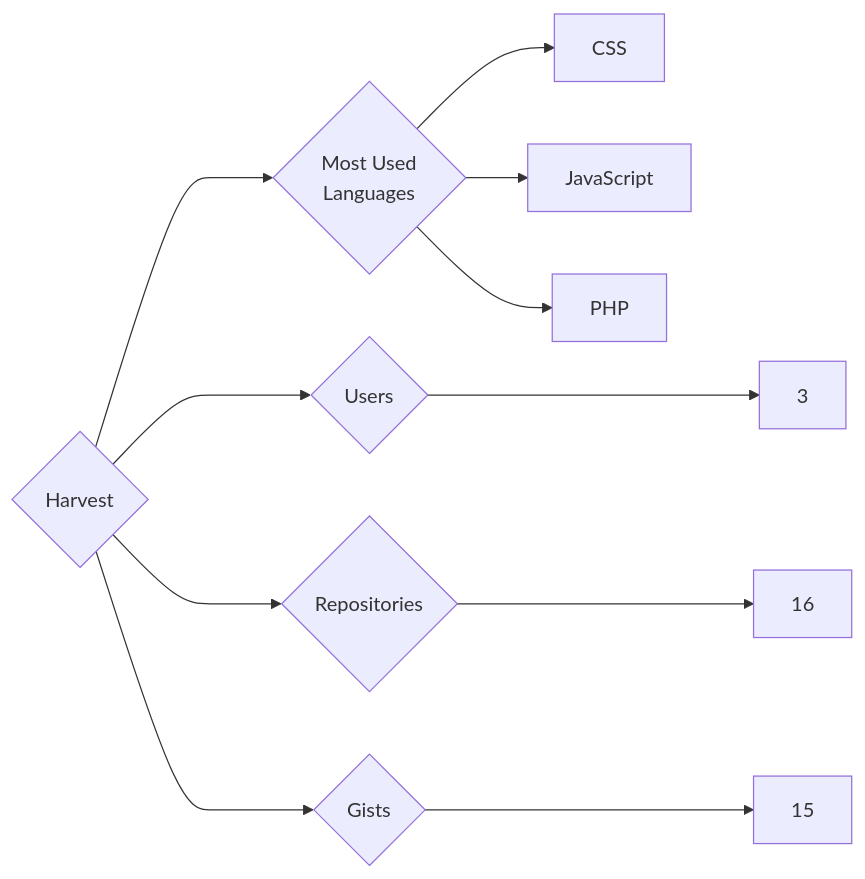
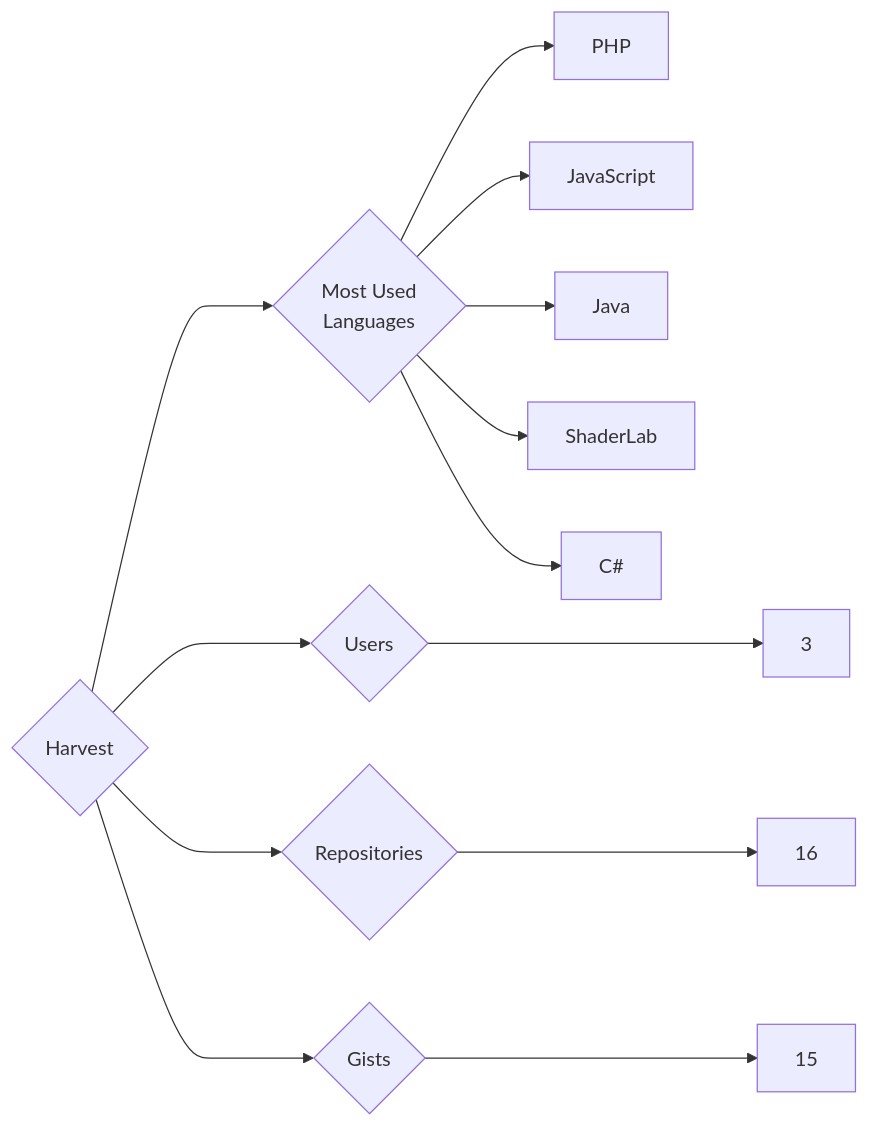
One commit to trickest/insiders changed the diagram in targets/Harvest/README.md. Above: the diagram before and after it, drawn with Mermaid. The commit also changed 748 other files, not shown here.

````diff
--- a/targets/Harvest/README.md
+++ b/targets/Harvest/README.md
@@ -3,11 +3,13 @@
 ```mermaid
 graph LR
 COMPANY_NAME{Harvest}
 COMPANY_NAME ---> U{Users} ---> UN[3]
 COMPANY_NAME ---> R{Repositories} ---> RN[16]
 COMPANY_NAME ---> G{Gists} ---> GN[15]
 COMPANY_NAME ---> ML{Most Used<br>Languages}
-ML --> CSS[CSS]
+ML --> PHP[PHP]
 ML --> JavaScript[JavaScript]
-ML --> PHP[PHP]
+ML --> Java[Java]
+ML --> ShaderLab[ShaderLab]
+ML --> C#[C#]
 ```
````
